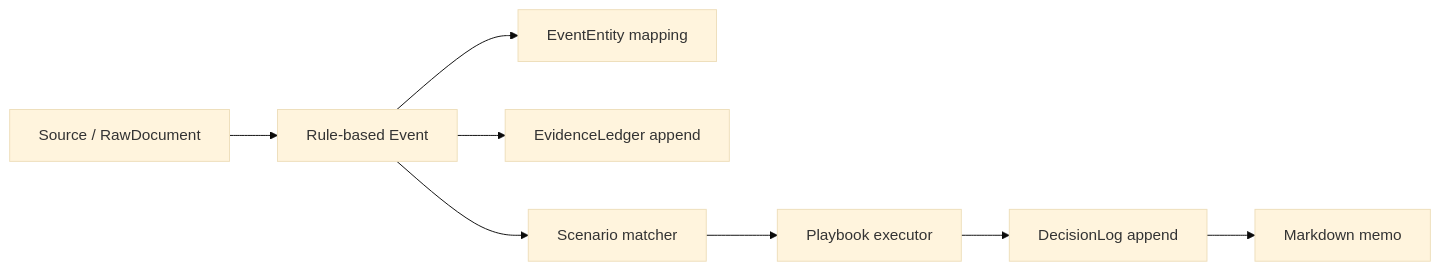
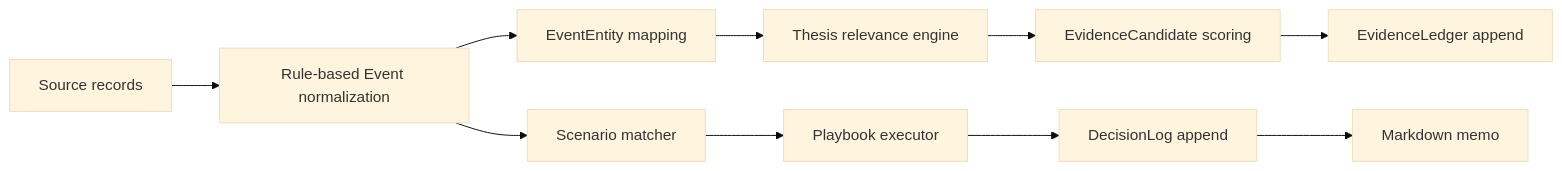
Before and after one commit to Hyuneey/project_stock: the diagram in docs/architecture.md, drawn with Mermaid (base theme). The commit also changed other lines of this file and 9 other files, not shown here.

Commit message:
Add evidence candidate generation

````diff
--- a/docs/architecture.md
+++ b/docs/architecture.md
@@ -10,10 +10,12 @@
 ```mermaid
 flowchart LR
-  A["Source / RawDocument"] --> B["Rule-based Event"]
+  A["Source records"] --> B["Rule-based Event normalization"]
   B --> C["EventEntity mapping"]
-  B --> D["EvidenceLedger append"]
-  B --> E["Scenario matcher"]
-  E --> F["Playbook executor"]
-  F --> G["DecisionLog append"]
-  G --> H["Markdown memo"]
+  C --> D["Thesis relevance engine"]
+  D --> E["EvidenceCandidate scoring"]
+  E --> F["EvidenceLedger append"]
+  B --> G["Scenario matcher"]
+  G --> H["Playbook executor"]
+  H --> I["DecisionLog append"]
+  I --> J["Markdown memo"]
 ```
````
